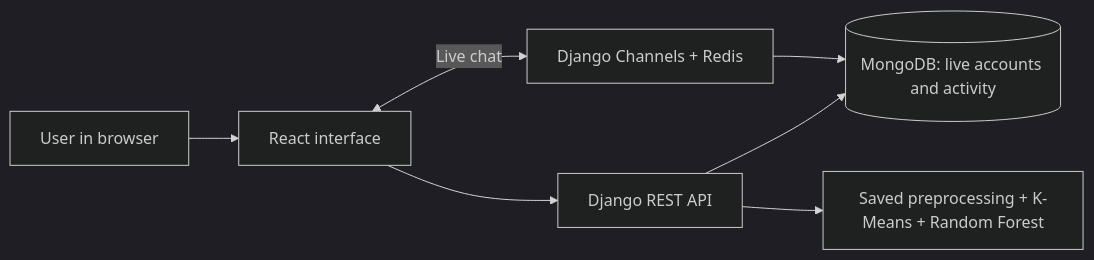
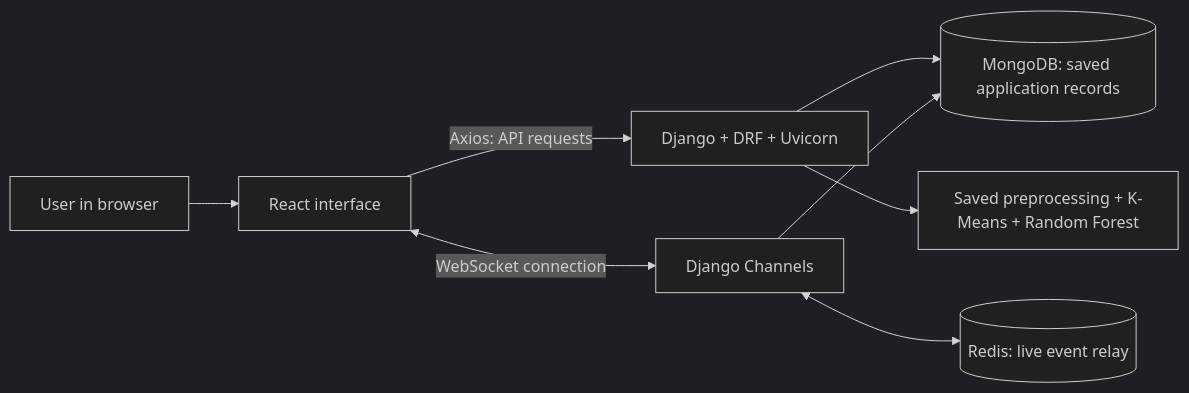
The diagram in README.md (majorproject4224-max/final-year-project), drawn with Mermaid (dark theme) before and after one commit. The commit also changed other lines of this file, not shown here.

```diff
--- a/README.md
+++ b/README.md
@@ -116,9 +150,10 @@
 ~~~mermaid
 flowchart LR
     U[User in browser] --> R[React interface]
-    R --> D[Django REST API]
-    D --> M[(MongoDB: live accounts and activity)]
+    R -->|Axios: API requests| D[Django + DRF + Uvicorn]
+    D --> M[(MongoDB: saved application records)]
     D --> S[Saved preprocessing + K-Means + Random Forest]
-    R <-->|Live chat| C[Django Channels + Redis]
+    R <-->|WebSocket connection| C[Django Channels]
+    C <--> Q[(Redis: live event relay)]
     C --> M
 ~~~
```
